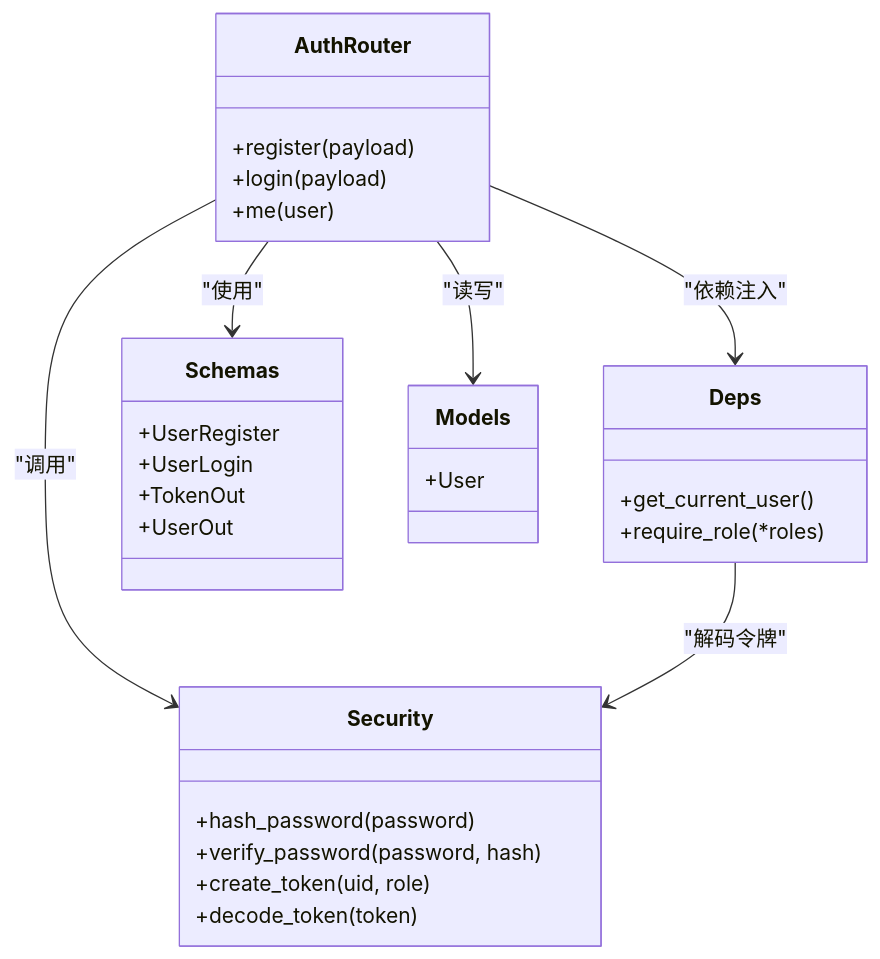
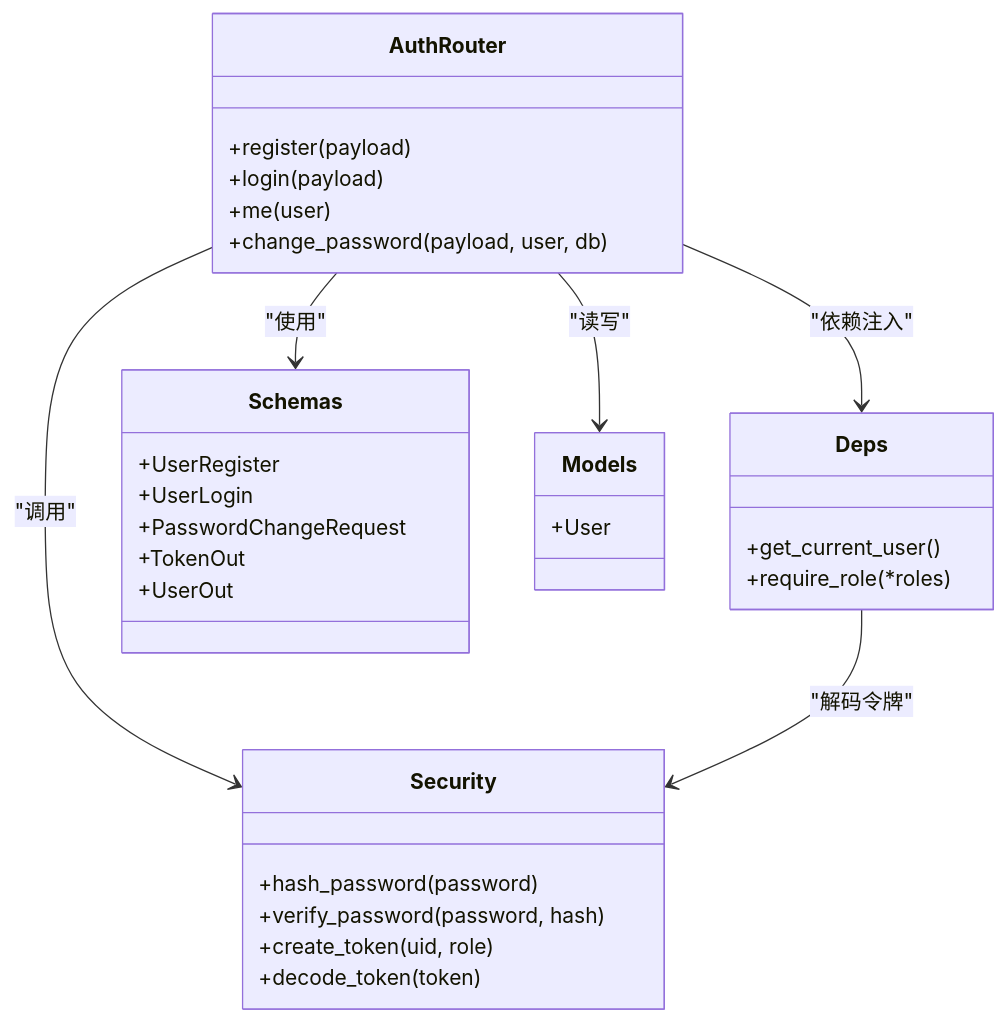
Before and after one commit to onebody/homework: the third of 3 diagrams in .qoder/repowiki/zh/content/API接口文档/认证接口.md, drawn with Mermaid. The commit also changed other lines of this file and 15 other files, not shown here.

````diff
--- a/.qoder/repowiki/zh/content/API接口文档/认证接口.md
+++ b/.qoder/repowiki/zh/content/API接口文档/认证接口.md
@@ -239,32 +288,34 @@
 ```mermaid
 classDiagram
 class AuthRouter {
 +register(payload)
 +login(payload)
 +me(user)
++change_password(payload, user, db)
 }
 class Security {
 +hash_password(password)
 +verify_password(password, hash)
 +create_token(uid, role)
 +decode_token(token)
 }
 class Deps {
 +get_current_user()
 +require_role(*roles)
 }
 class Schemas {
 +UserRegister
 +UserLogin
++PasswordChangeRequest
 +TokenOut
 +UserOut
 }
 class Models {
 +User
 }
 AuthRouter --> Schemas : "使用"
 AuthRouter --> Models : "读写"
 AuthRouter --> Security : "调用"
 AuthRouter --> Deps : "依赖注入"
 Deps --> Security : "解码令牌"
 ```
````
